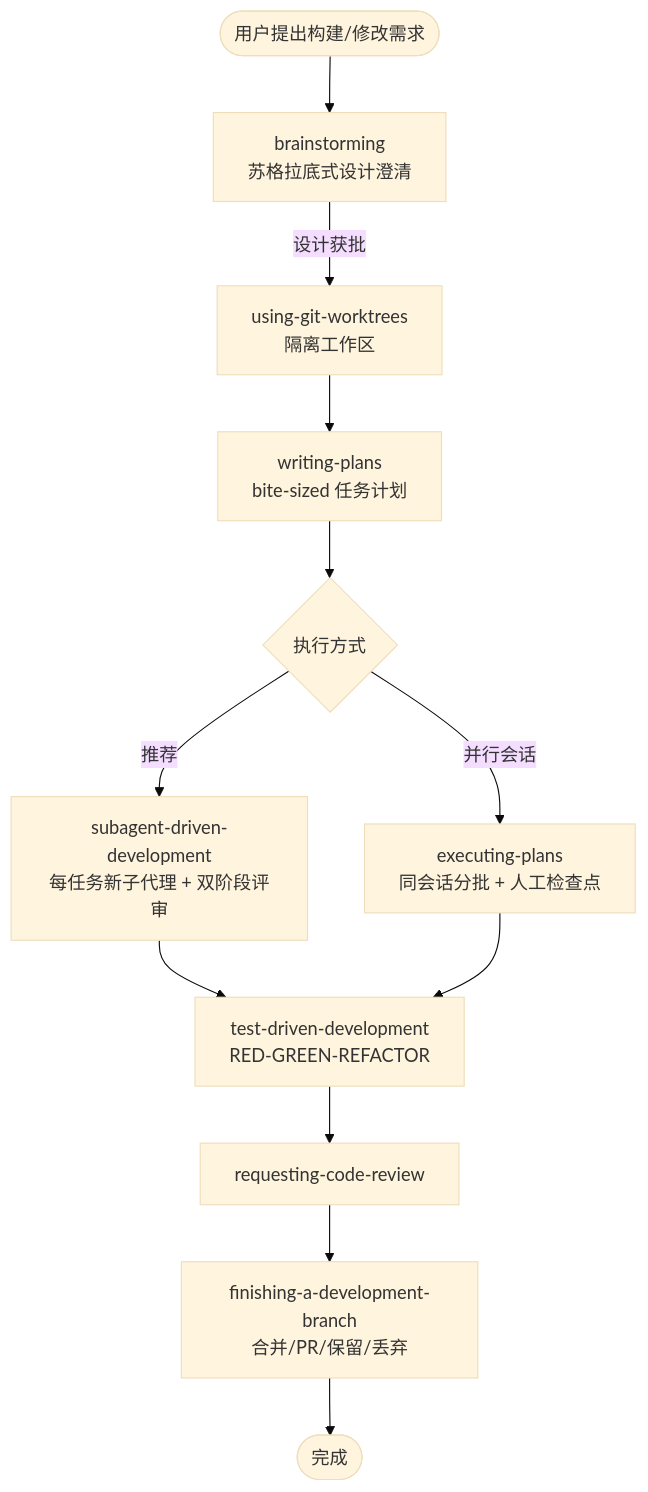
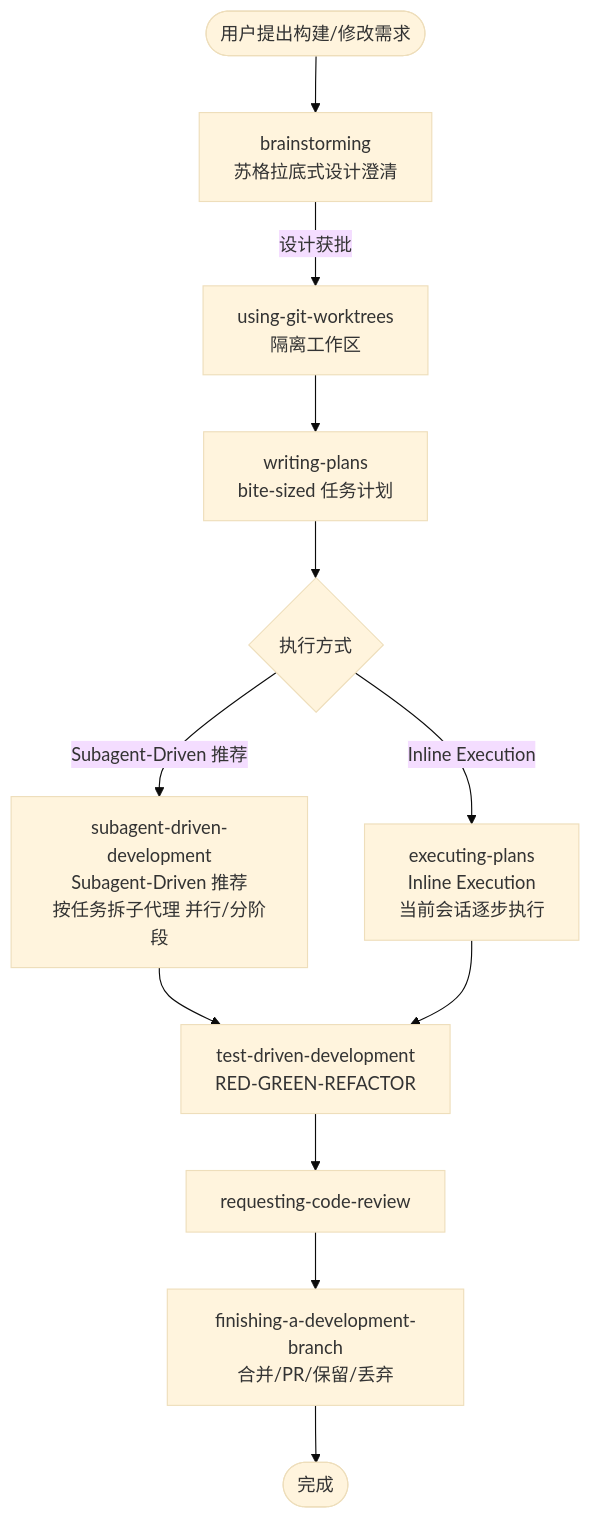
The second of 3 diagrams in _posts/2026-06-05-superpowers-in-action.markdown (gerryyang2025/awesome-share), drawn with Mermaid (base theme) before and after one commit. The commit also changed other lines of this file, not shown here.

Commit message:
docs: update Superpowers post to refine execution methods, clarifying Subagent-Driven and Inline Execution approaches, and revise last_modified_at date for improved content tracking

````diff
--- a/_posts/2026-06-05-superpowers-in-action.markdown
+++ b/_posts/2026-06-05-superpowers-in-action.markdown
@@ -110,25 +110,25 @@
 ```mermaid
 flowchart TB
     start([用户提出构建/修改需求])
     bs[brainstorming<br/>苏格拉底式设计澄清]
     wt[using-git-worktrees<br/>隔离工作区]
     wp[writing-plans<br/> bite-sized 任务计划]
     exec{执行方式}
-    sad[subagent-driven-development<br/>每任务新子代理 + 双阶段评审]
-    ep[executing-plans<br/>同会话分批 + 人工检查点]
+    sad[subagent-driven-development<br/>Subagent-Driven 推荐<br/>按任务拆子代理 并行/分阶段]
+    ep[executing-plans<br/>Inline Execution<br/>当前会话逐步执行]
     tdd[test-driven-development<br/>RED-GREEN-REFACTOR]
     rc[requesting-code-review]
     fin[finishing-a-development-branch<br/>合并/PR/保留/丢弃]
 
     start --> bs
     bs -->|设计获批| wt
     wt --> wp
     wp --> exec
-    exec -->|推荐| sad
-    exec -->|并行会话| ep
+    exec -->|Subagent-Driven 推荐| sad
+    exec -->|Inline Execution| ep
     sad --> tdd
     ep --> tdd
     tdd --> rc
     rc --> fin
     fin --> done([完成])
 ```
````
